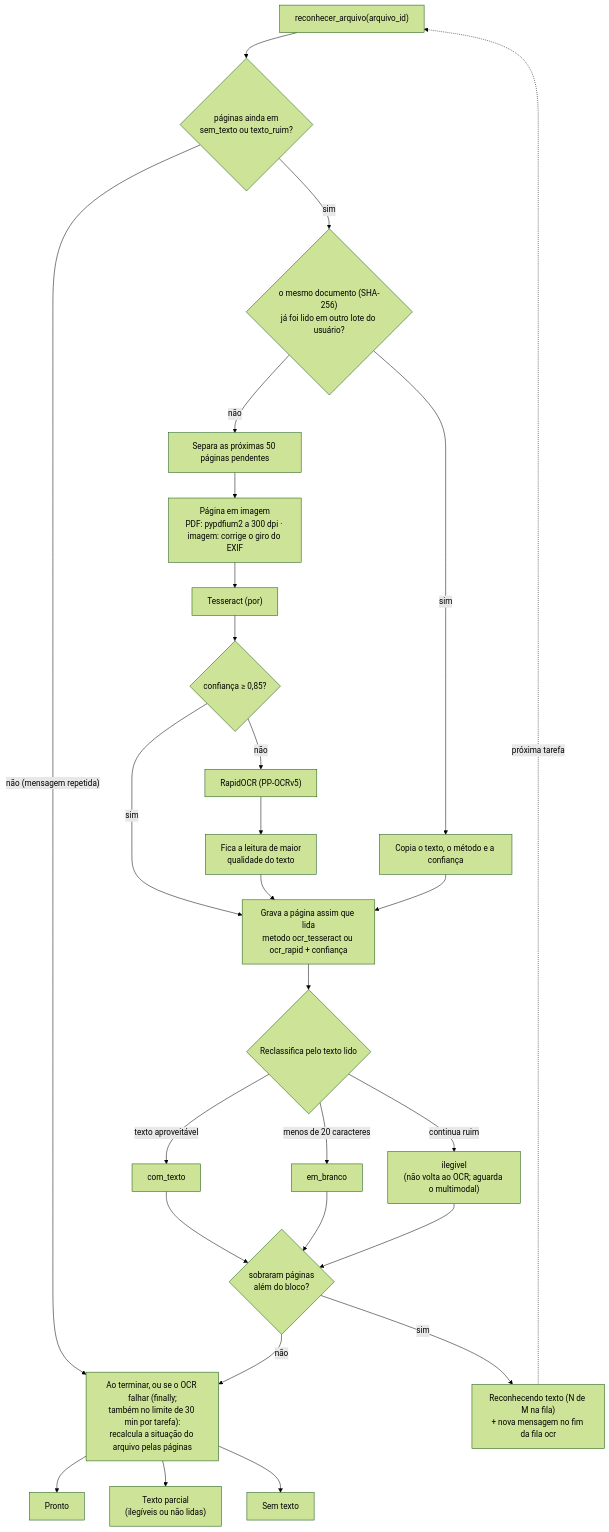
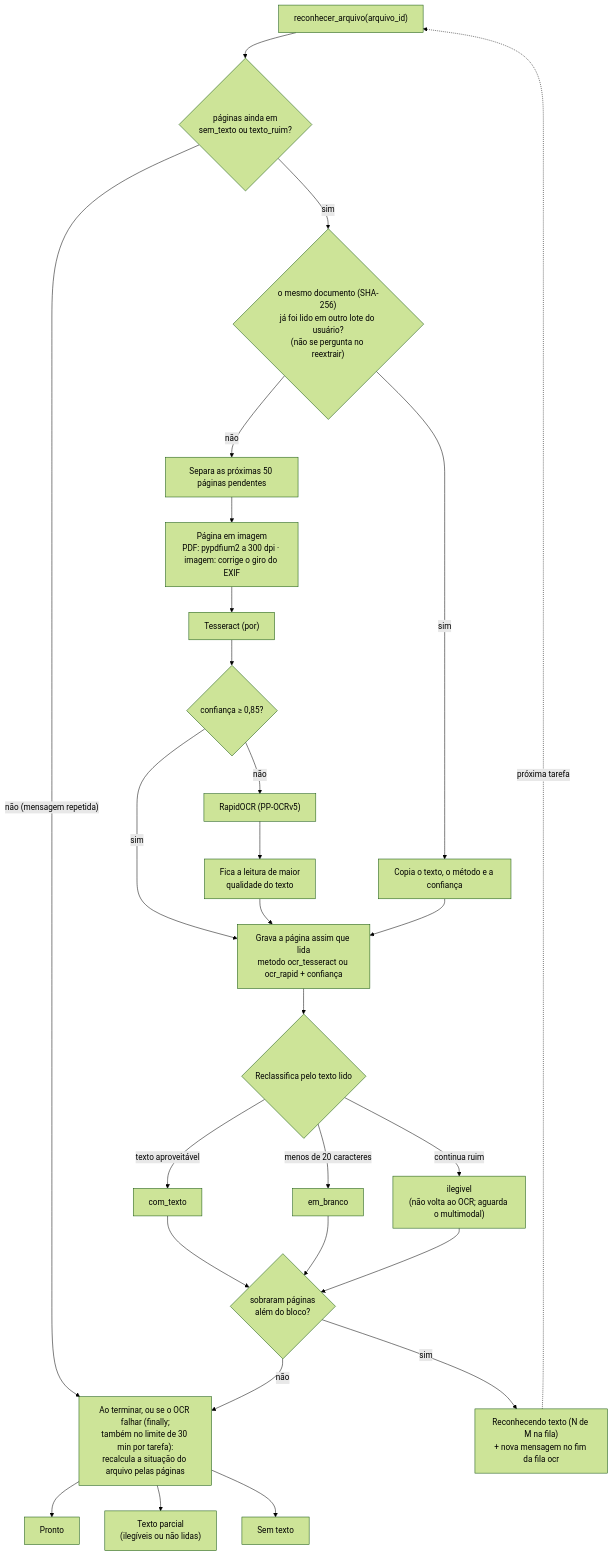
Before and after one commit to PauloTorresApps/EloJudicial: the fourth of 6 diagrams in ingestao/docs/fluxo-da-ingestao.md, drawn with Mermaid (forest theme). The commit also changed other lines of this file and 9 other files, not shown here.

````diff
--- a/ingestao/docs/fluxo-da-ingestao.md
+++ b/ingestao/docs/fluxo-da-ingestao.md
@@ -180,31 +180,31 @@
 ```mermaid
 flowchart TD
     M["reconhecer_arquivo(arquivo_id)"] --> P{"páginas ainda em<br/>sem_texto ou texto_ruim?"}
     P -->|"não (mensagem repetida)"| FIM
-    P -->|"sim"| SHA{"o mesmo documento (SHA-256)<br/>já foi lido em outro lote do usuário?"}
+    P -->|"sim"| SHA{"o mesmo documento (SHA-256)<br/>já foi lido em outro lote do usuário?<br/>(não se pergunta no reextrair)"}
     SHA -->|"sim"| COPIA["Copia o texto, o método e a confiança"]
     SHA -->|"não"| BL["Separa as próximas 50 páginas pendentes"]
     BL --> IMG["Página em imagem<br/>PDF: pypdfium2 a 300 dpi · imagem: corrige o giro do EXIF"]
     IMG --> TES["Tesseract (por)"]
     TES --> CF{"confiança ≥ 0,85?"}
     CF -->|"sim"| GRAVA
     CF -->|"não"| RAP["RapidOCR (PP-OCRv5)"]
     RAP --> MELHOR["Fica a leitura de maior<br/>qualidade do texto"]
     MELHOR --> GRAVA
     COPIA --> GRAVA
     GRAVA["Grava a página assim que lida<br/>metodo ocr_tesseract ou ocr_rapid + confiança"] --> CL{"Reclassifica pelo texto lido"}
     CL -->|"texto aproveitável"| CT["com_texto"]
     CL -->|"menos de 20 caracteres"| EB["em_branco"]
     CL -->|"continua ruim"| IL["ilegivel<br/>(não volta ao OCR; aguarda o multimodal)"]
     CT --> MAIS
     EB --> MAIS
     IL --> MAIS
     MAIS{"sobraram páginas<br/>além do bloco?"}
     MAIS -->|"sim"| CONT["Reconhecendo texto (N de M na fila)<br/>+ nova mensagem no fim da fila ocr"]
     CONT -.->|"próxima tarefa"| M
     MAIS -->|"não"| FIM
     FIM["Ao terminar, ou se o OCR falhar (finally;<br/>também no limite de 30 min por tarefa):<br/>recalcula a situação do arquivo pelas páginas"]
     FIM --> AP["Pronto"]
     FIM --> APC["Texto parcial<br/>(ilegíveis ou não lidas)"]
     FIM --> AS["Sem texto"]
 ```
````
